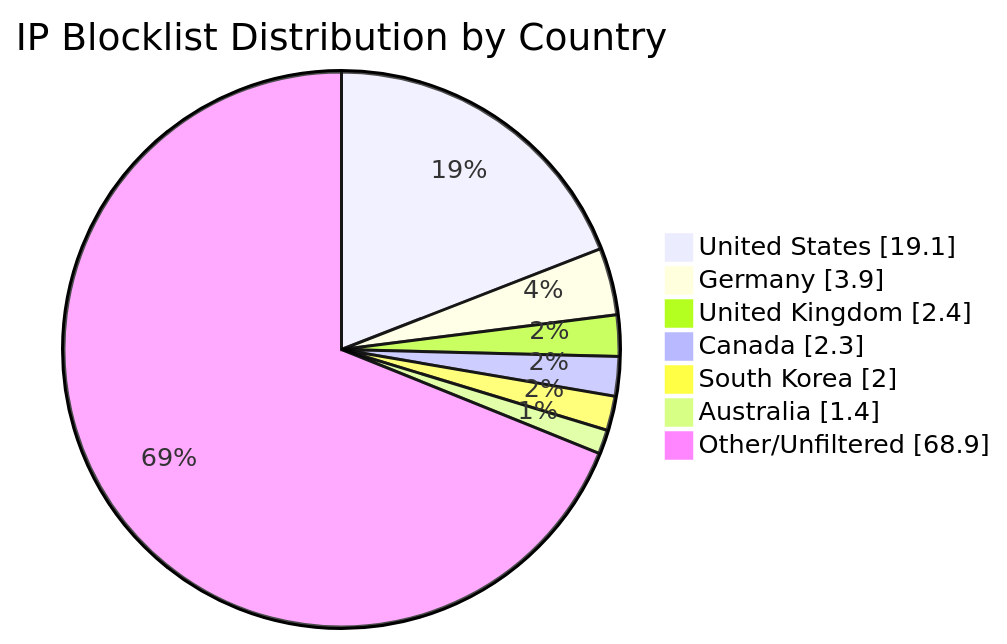
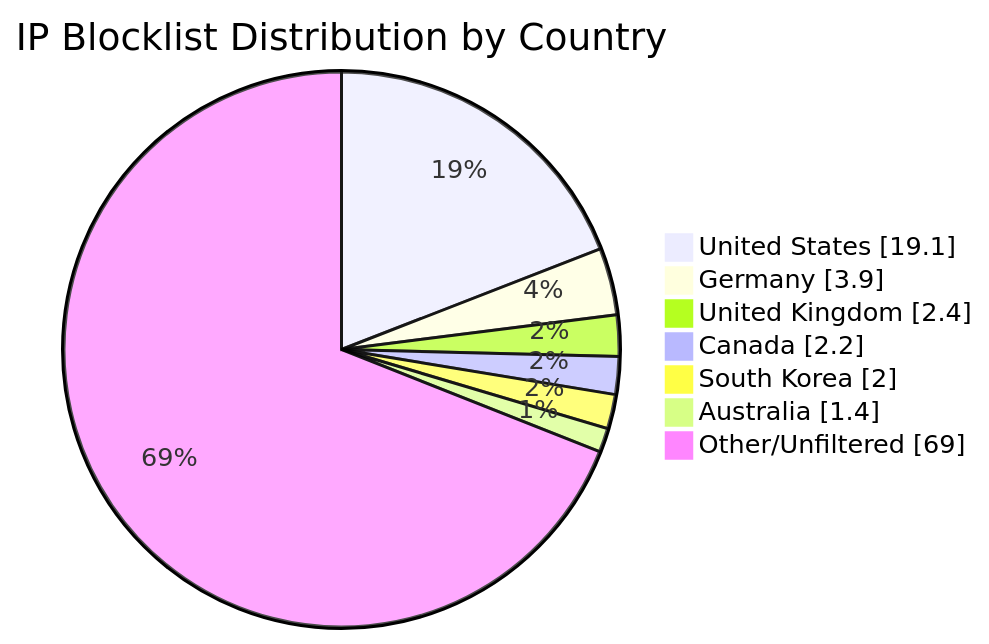
Before and after one commit to MarcusHoltz/ipblocklist-geofiltered-aggregator: the diagram in README.md, drawn with Mermaid. The commit also changed other lines of this file and 9 other files, not shown here.

````diff
--- a/README.md
+++ b/README.md
@@ -34,10 +34,10 @@
 ```mermaid
 pie showData title IP Blocklist Distribution by Country
 "United States" : 19.1
 "Germany" : 3.9
 "United Kingdom" : 2.4
-"Canada" : 2.3
+"Canada" : 2.2
 "South Korea" : 2.0
 "Australia" : 1.4
-"Other/Unfiltered" : 68.9
+"Other/Unfiltered" : 69.0
 ```
````
